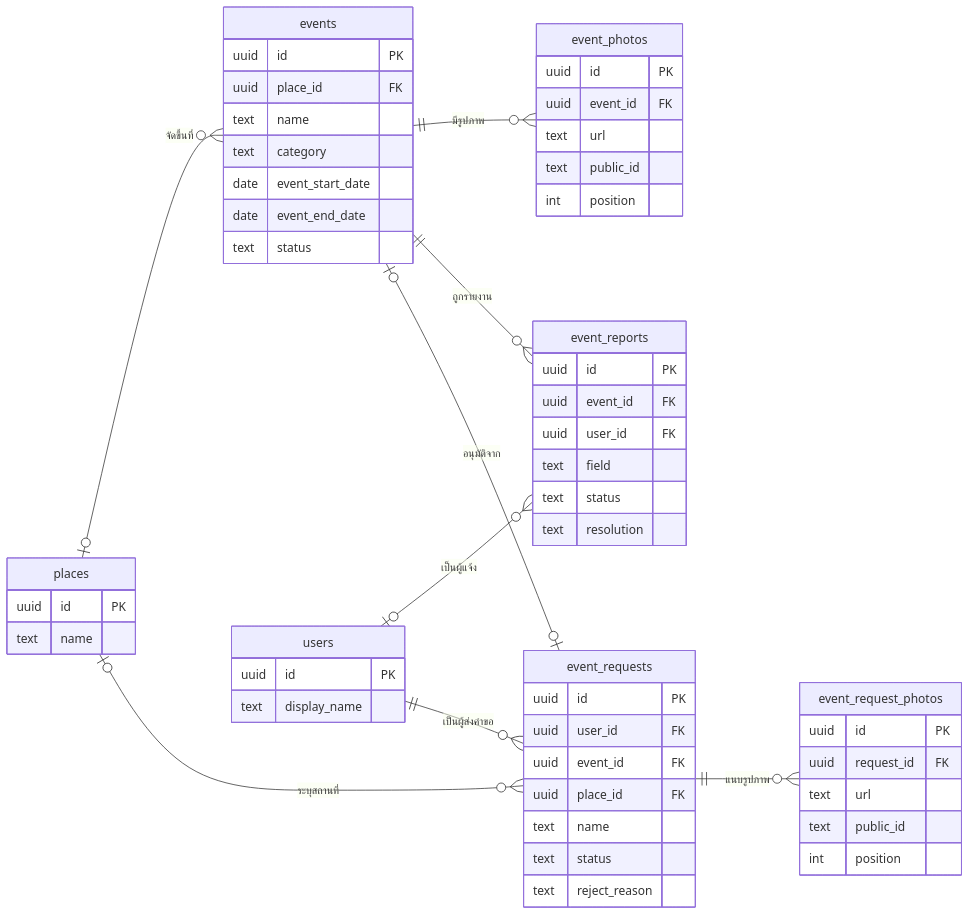
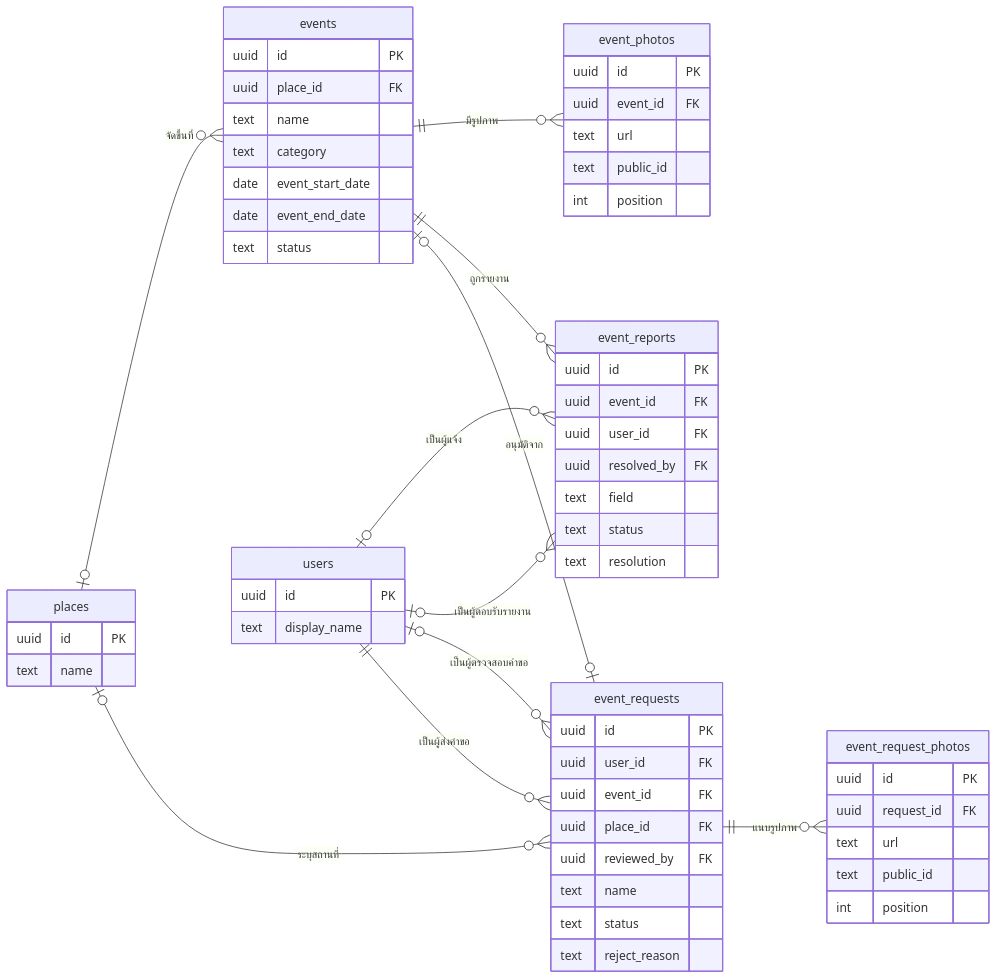
Before and after one commit to Poeir/docs-project1: the diagram in report/images/erd/erd-4-event.mmd, drawn with Mermaid. The commit also changed 11 other files, not shown here.

```diff
--- a/report/images/erd/erd-4-event.mmd
+++ b/report/images/erd/erd-4-event.mmd
@@ -1,59 +1,63 @@
 erDiagram
     direction LR
     places |o--o{ events : "จัดขึ้นที่"
     events ||--o{ event_photos : "มีรูปภาพ"
     events ||--o{ event_reports : "ถูกรายงาน"
     events |o--o| event_requests : "อนุมัติจาก"
     places |o--o{ event_requests : "ระบุสถานที่"
     event_requests ||--o{ event_request_photos : "แนบรูปภาพ"
     users |o--o{ event_reports : "เป็นผู้แจ้ง"
+    users |o--o{ event_reports : "เป็นผู้ตอบรับรายงาน"
+    users |o--o{ event_requests : "เป็นผู้ตรวจสอบคำขอ"
     users ||--o{ event_requests : "เป็นผู้ส่งคำขอ"
 
     users {
         uuid id PK
         text display_name
     }
     places {
         uuid id PK
         text name
     }
     events {
         uuid id PK
         uuid place_id FK
         text name
         text category
         date event_start_date
         date event_end_date
         text status
     }
     event_photos {
         uuid id PK
         uuid event_id FK
         text url
         text public_id
         int position
     }
     event_reports {
         uuid id PK
         uuid event_id FK
         uuid user_id FK
+        uuid resolved_by FK
         text field
         text status
         text resolution
     }
     event_requests {
         uuid id PK
         uuid user_id FK
         uuid event_id FK
         uuid place_id FK
+        uuid reviewed_by FK
         text name
         text status
         text reject_reason
     }
     event_request_photos {
         uuid id PK
         uuid request_id FK
         text url
         text public_id
         int position
     }
```
